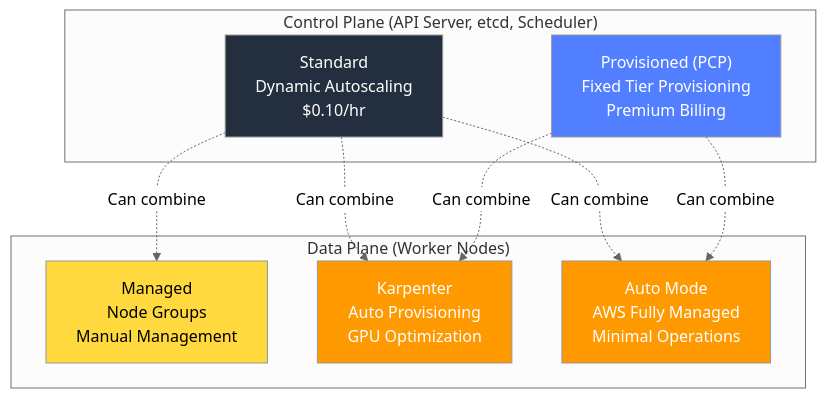
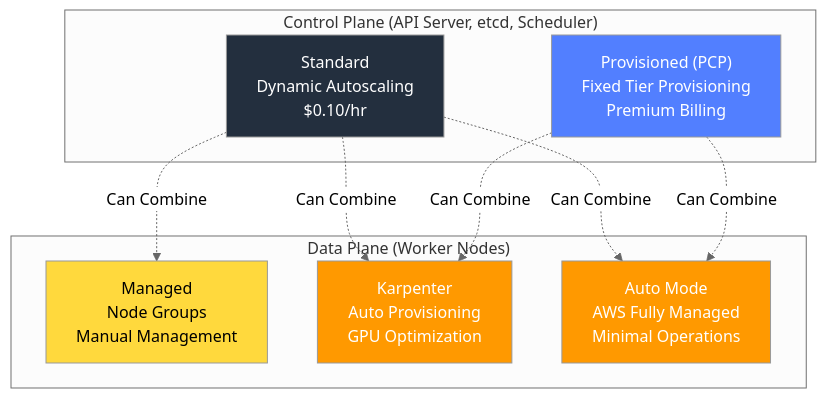
One commit to devfloor9/engineering-playbook changed the first of 9 diagrams in i18n/en/docusaurus-plugin-content-docs/current/agentic-ai-platform/design-architecture/platform-selection/agentic-ai-solutions-eks.md. Above: the diagram before and after it, drawn with Mermaid (neutral theme). The commit also changed other lines of this file and 72 other files, not shown here.

````diff
--- a/i18n/en/docusaurus-plugin-content-docs/current/agentic-ai-platform/design-architecture/platform-selection/agentic-ai-solutions-eks.md
+++ b/i18n/en/docusaurus-plugin-content-docs/current/agentic-ai-platform/design-architecture/platform-selection/agentic-ai-solutions-eks.md
@@ -66,25 +74,25 @@
 ```mermaid
 flowchart TD
     subgraph ControlPlane["Control Plane (API Server, etcd, Scheduler)"]
         CP_STD["Standard<br/>Dynamic Autoscaling<br/>$0.10/hr"]
         CP_PCP["Provisioned (PCP)<br/>Fixed Tier Provisioning<br/>Premium Billing"]
     end
 
     subgraph DataPlane["Data Plane (Worker Nodes)"]
         DP_MNG["Managed<br/>Node Groups<br/>Manual Management"]
         DP_KARP["Karpenter<br/>Auto Provisioning<br/>GPU Optimization"]
         DP_AUTO["Auto Mode<br/>AWS Fully Managed<br/>Minimal Operations"]
     end
 
-    CP_STD -.->|Can combine| DP_MNG
-    CP_STD -.->|Can combine| DP_KARP
-    CP_STD -.->|Can combine| DP_AUTO
-    CP_PCP -.->|Can combine| DP_KARP
-    CP_PCP -.->|Can combine| DP_AUTO
+    CP_STD -.->|Can Combine| DP_MNG
+    CP_STD -.->|Can Combine| DP_KARP
+    CP_STD -.->|Can Combine| DP_AUTO
+    CP_PCP -.->|Can Combine| DP_KARP
+    CP_PCP -.->|Can Combine| DP_AUTO
 
     style CP_STD fill:#232f3e,color:#fff
     style CP_PCP fill:#527fff,color:#fff
     style DP_MNG fill:#ffd93d
     style DP_KARP fill:#ff9900,color:#fff
     style DP_AUTO fill:#ff9900,color:#fff
 ```
````
